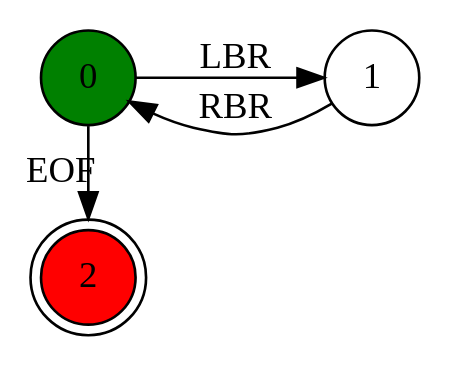
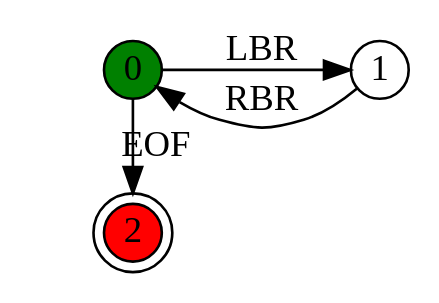
One commit to YaccConstructor/articles changed the diagram in 2015/PSI/slides/pictures/in3.dot. Above: the diagram before and after it, drawn with Graphviz. The commit also changed 32 other files, not shown here.

```diff
--- a/2015/PSI/slides/pictures/in3.dot
+++ b/2015/PSI/slides/pictures/in3.dot
@@ -1,11 +1,11 @@
 digraph g
 {
 rankdir=LR
-node [shape=circle]
+node [shape=circle fixedsize=true width=0.3]
 0 [fillcolor=green; style=filled;]
 2 [fillcolor=red; style=filled; shape=doublecircle]
 0 -> 1 [label="LBR"]
 1 -> 0 [label="RBR"]
-0 -> 2 [label=" EOF"]
+0 -> 2 [label="            EOF"]
 {rank = same; 0, 2 }
 }
```
